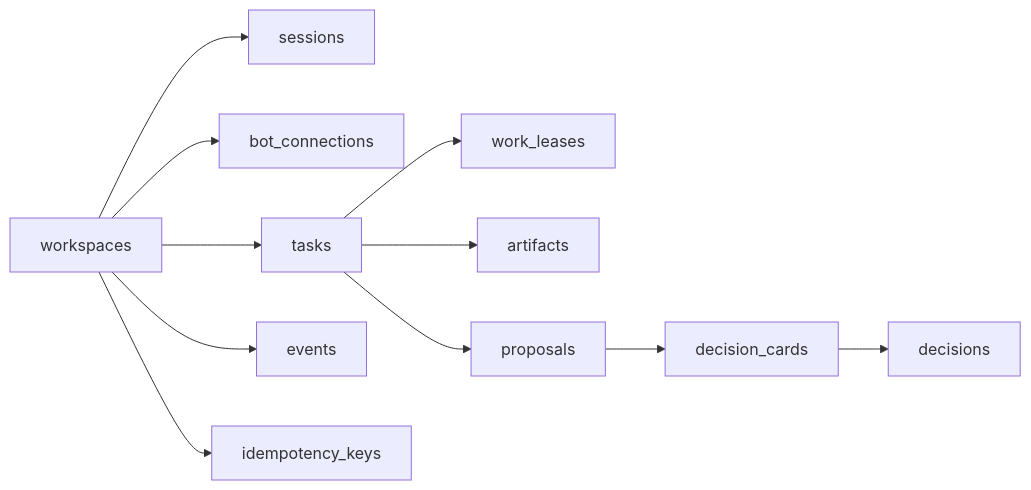
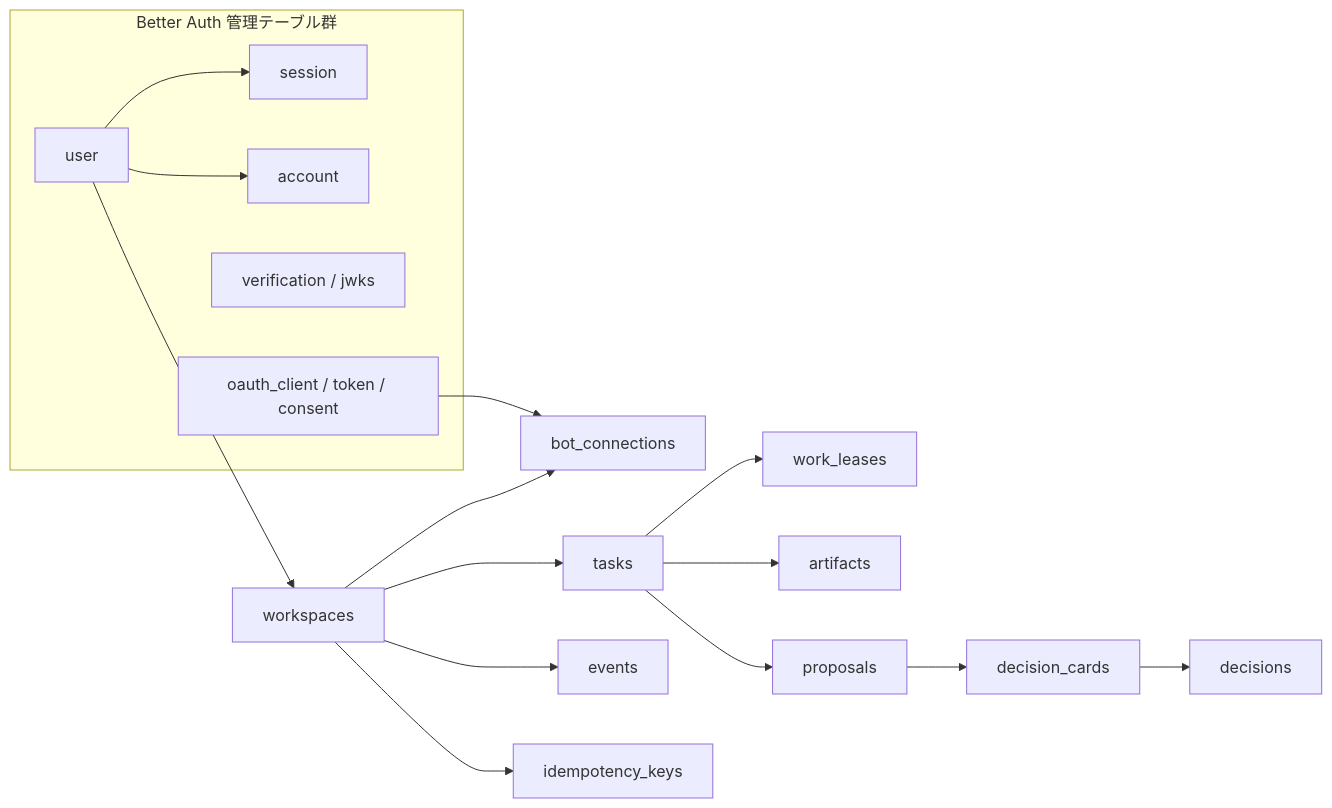
Before and after one commit to kkyosuke/bot-board: the first of 4 diagrams in docs/data-and-state.md, drawn with Mermaid. The commit also changed other lines of this file and 4 other files, not shown here.

Commit message:
docs: Bun・Better Auth・Cloudflare・Pulumi構成へ仕様を更新

````diff
--- a/docs/data-and-state.md
+++ b/docs/data-and-state.md
@@ -7,13 +7,21 @@
 ```mermaid
 flowchart LR
-  WS["workspaces"] --> SE["sessions"]
-  WS --> BC["bot_connections"]
+  subgraph Auth["Better Auth 管理テーブル群"]
+    US["user"] --> SE["session"]
+    US --> AC["account"]
+    VF["verification / jwks"]
+    OA["oauth_client / token / consent"]
+  end
+
+  US --> WS["workspaces"]
+  OA --> BC["bot_connections"]
+  WS --> BC
   WS --> TK["tasks"]
   TK --> WL["work_leases"]
   TK --> AR["artifacts"]
   TK --> PR["proposals"]
   PR --> DC["decision_cards"]
   DC --> DE["decisions"]
   WS --> EV["events"]
   WS --> IK["idempotency_keys"]
 ```
````
